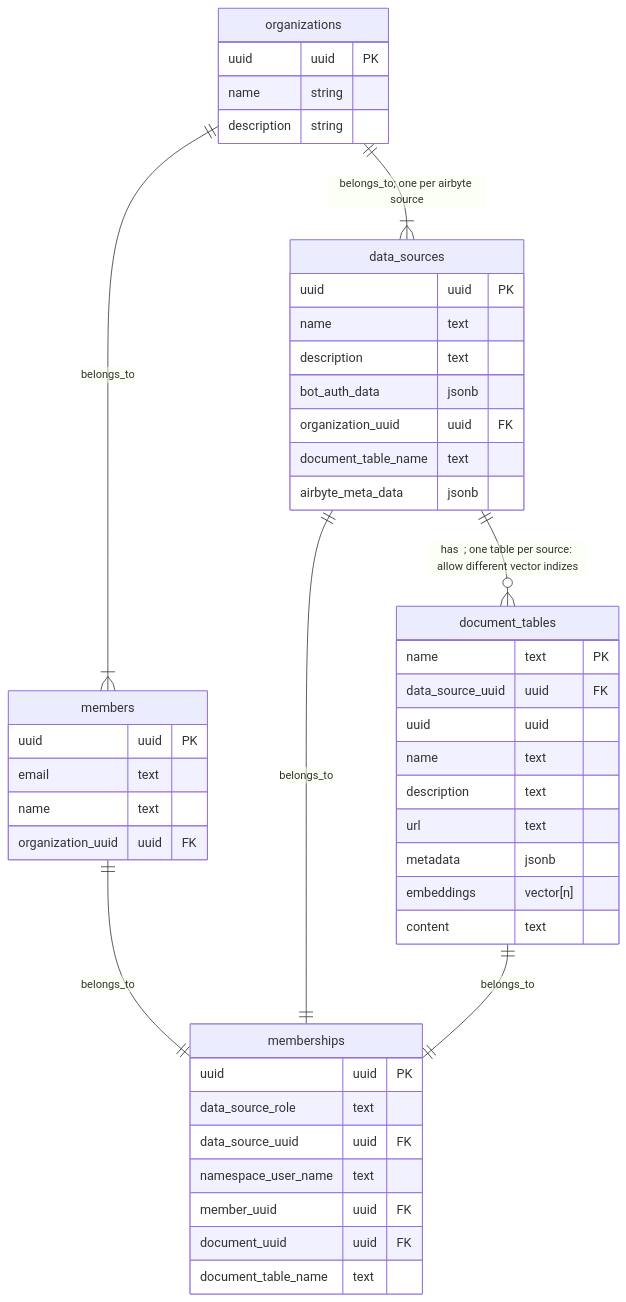
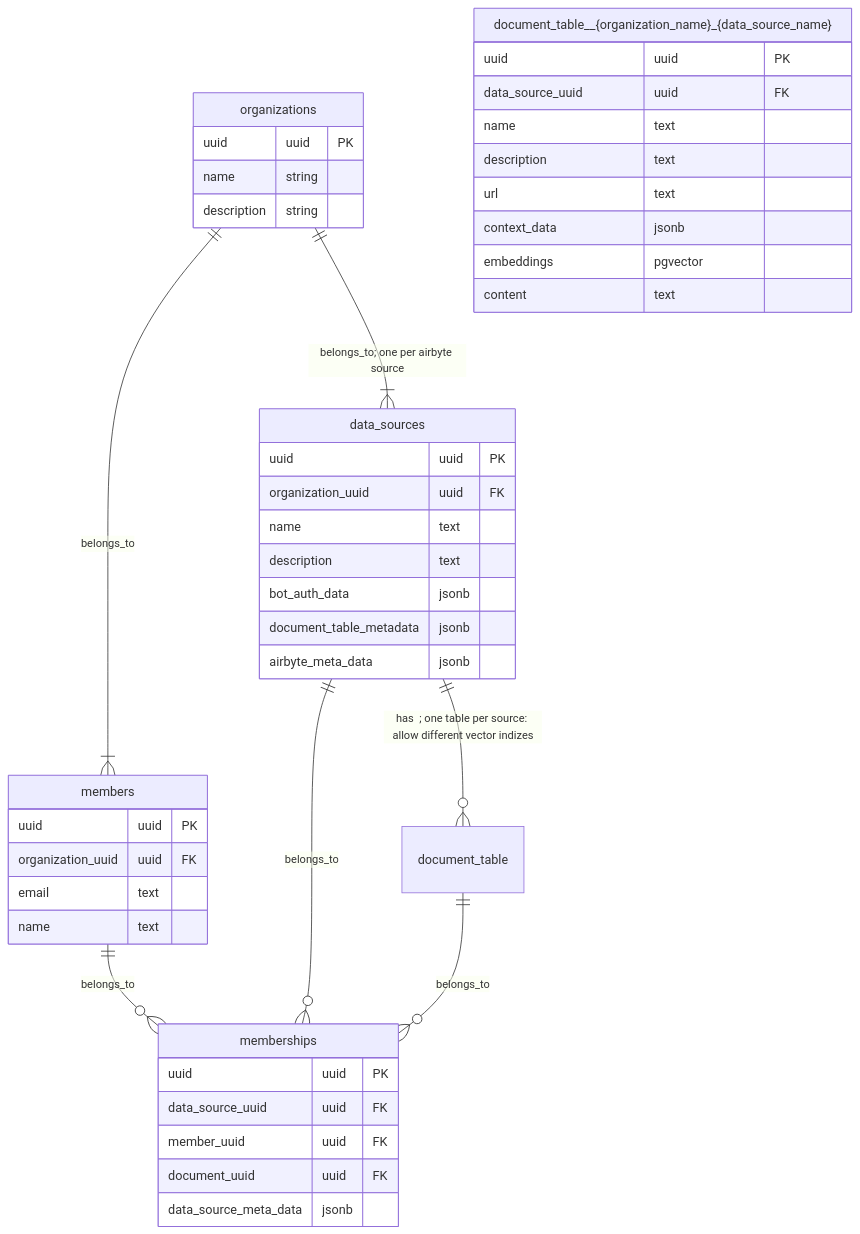
Before and after one commit to aishe-ai/core: the first of 2 diagrams in README.md, drawn with Mermaid. The commit also changed other lines of this file, not shown here.

Commit message:
fixed data model

````diff
--- a/README.md
+++ b/README.md
@@ -53,49 +72,46 @@
 ```mermaid
 erDiagram
     organizations ||--|{ data_sources : "belongs_to; one per airbyte source"
-    organizations ||--|{ members : belongs_to
-    data_sources ||--o{ document_tables : "has  ; one table per source: allow different vector indizes"
-    members ||--|| memberships : belongs_to
-    data_sources ||--|| memberships : belongs_to
-    document_tables ||--|| memberships : belongs_to
+    organizations ||--|{ members : "belongs_to"
+    data_sources ||--o{ document_table : "has  ; one table per source: allow different vector indizes"
+    members ||--o{ memberships : "belongs_to"
+    data_sources ||--o{ memberships : "belongs_to"
+    document_table ||--o{ memberships : "belongs_to"
     organizations {
         uuid uuid PK
         name string
         description string
     }
     data_sources {
         uuid uuid PK
+        organization_uuid uuid FK
         name text
         description text
         bot_auth_data jsonb
-        organization_uuid uuid FK
-        document_table_name text
+        document_table_metadata jsonb
         airbyte_meta_data jsonb
     }
     members {
         uuid uuid PK
+        organization_uuid uuid FK
         email text
         name text
-        organization_uuid uuid FK
     }
-    document_tables {
-        name text PK
+    "document_table__{organization_name}_{data_source_name}" {
+        uuid uuid PK
         data_source_uuid uuid FK
-        uuid uuid
-        name text
+        name text 
         description text
         url text
-        metadata jsonb
-        embeddings vector[n]
+        context_data jsonb
+        embeddings pgvector
         content text
     }
     memberships {
         uuid uuid PK
-        data_source_role text
         data_source_uuid uuid FK
-        namespace_user_name text
         member_uuid uuid FK
         document_uuid uuid FK
-        document_table_name text
+        data_source_meta_data jsonb
     }
-```
+``` 
````
